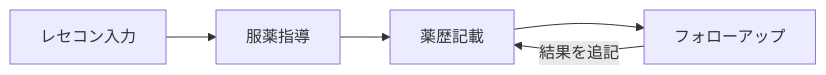
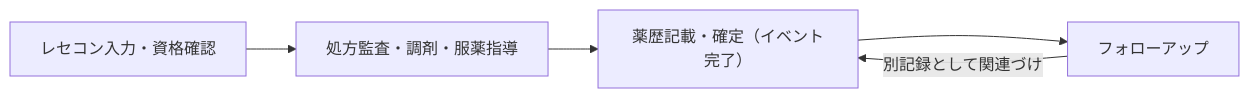
One commit to SatohaCC/pharmacy-domain changed the diagram in docs/pharmacy/domain-overview.md. Above: the diagram before and after it, drawn with Mermaid. The commit also changed other lines of this file and 60 other files, not shown here.

First line of the commit message:
docs(pharmacy): 全8ドメイン仕様書の完成化と全体・個別図解HTMLを整備

````diff
--- a/docs/pharmacy/domain-overview.md
+++ b/docs/pharmacy/domain-overview.md
@@ -36,7 +38,7 @@
 ```mermaid
 flowchart LR
-    A[レセコン入力] --> B[服薬指導]
-    B --> C[薬歴記載]
+    A[レセコン入力・資格確認] --> B[処方監査・調剤・服薬指導]
+    B --> C[薬歴記載・確定（イベント完了）]
     C --> D[フォローアップ]
-    D -->|結果を追記| C
+    D -->|別記録として関連づけ| C
 ```
````
